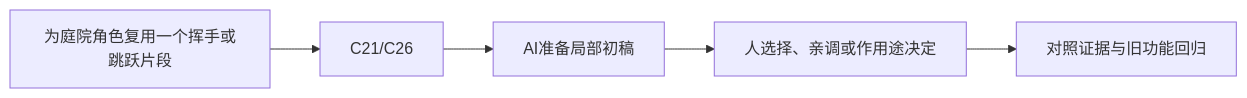
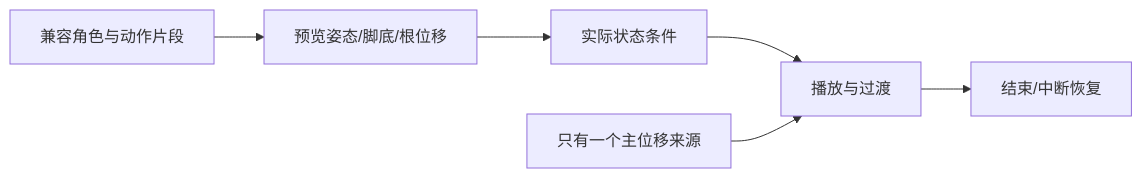
The diagram in curriculum/lessons/X01.md (Zilur/ai-3d-game-learning), drawn with Mermaid before and after one commit. The commit also changed other lines of this file and 164 other files, not shown here.

Commit message:
docs: publish 47 step-by-step AI lesson flows, world upgrade and optional training corner

````diff
--- a/curriculum/lessons/X01.md
+++ b/curriculum/lessons/X01.md
@@ -38,7 +35,8 @@
 ```mermaid
 flowchart LR
-  S["为庭院角色复用一个挥手或跳跃片段"] --> K["C21/C26"]
-  K --> AI["AI准备局部初稿"]
-  AI --> H["人选择、亲调或作用途决定"]
-  H --> V["对照证据与旧功能回归"]
+ S["兼容角色与动作片段"] --> P["预览姿态/脚底/根位移"]
+ P --> C["实际状态条件"]
+ C --> A["播放与过渡"]
+ A --> R["结束/中断恢复"]
+ M["只有一个主位移来源"] --> A
 ```
````
